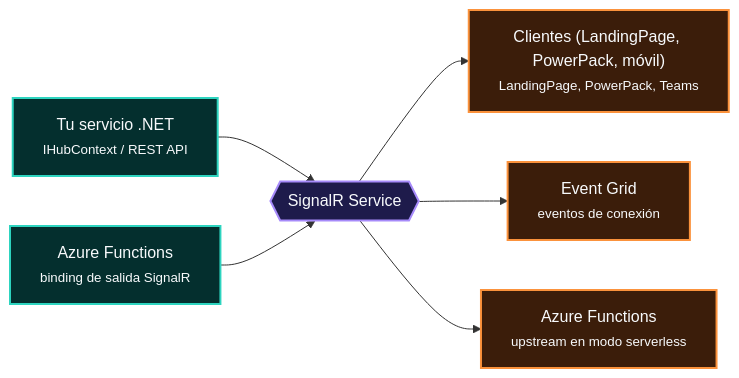
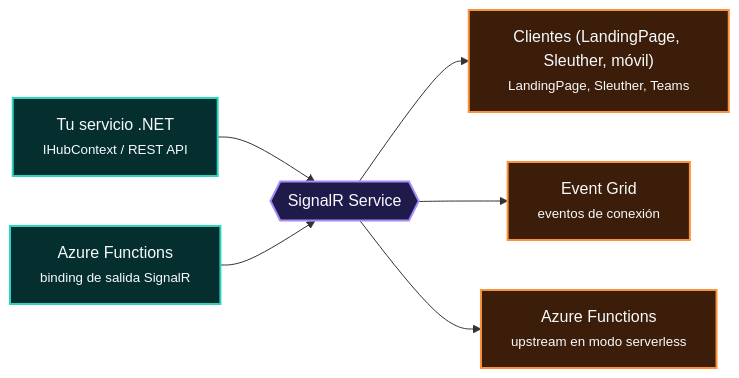
Before and after one commit to CristianSifuentes/QuickTheoryNET: the seventh of 10 diagrams in docs/12-brokers-quien-escribe-quien-lee.md, drawn with Mermaid. The commit also changed 17 other files, not shown here.

First line of the commit message:
Rename the PowerPack project to Sleuther

````diff
--- a/docs/12-brokers-quien-escribe-quien-lee.md
+++ b/docs/12-brokers-quien-escribe-quien-lee.md
@@ -323,15 +323,15 @@
 ```mermaid
 flowchart LR
     I0["Tu servicio .NET<br/><small>IHubContext / REST API</small>"]:::P --> BK
     I1["Azure Functions<br/><small>binding de salida SignalR</small>"]:::P --> BK
     BK{{"SignalR Service"}}:::B
-    BK --> O0["Clientes (LandingPage, PowerPack, móvil)<br/><small>LandingPage, PowerPack, Teams</small>"]:::C
+    BK --> O0["Clientes (LandingPage, Sleuther, móvil)<br/><small>LandingPage, Sleuther, Teams</small>"]:::C
     BK --> O1["Event Grid<br/><small>eventos de conexión</small>"]:::C
     BK --> O2["Azure Functions<br/><small>upstream en modo serverless</small>"]:::C
     classDef P fill:#042F2E,stroke:#2DD4BF,color:#F8FAFC,stroke-width:2px
     classDef B fill:#1E1B4B,stroke:#A78BFA,color:#F8FAFC,stroke-width:2px
     classDef C fill:#3B1D0A,stroke:#FB923C,color:#F8FAFC,stroke-width:2px
     classDef D fill:#0C2744,stroke:#60A5FA,color:#F8FAFC,stroke-width:2px
     classDef S fill:#1A2E05,stroke:#A3E635,color:#F8FAFC,stroke-width:2px
     classDef X fill:#1E293B,stroke:#94A3B8,color:#F8FAFC,stroke-width:2px
 ```
````
